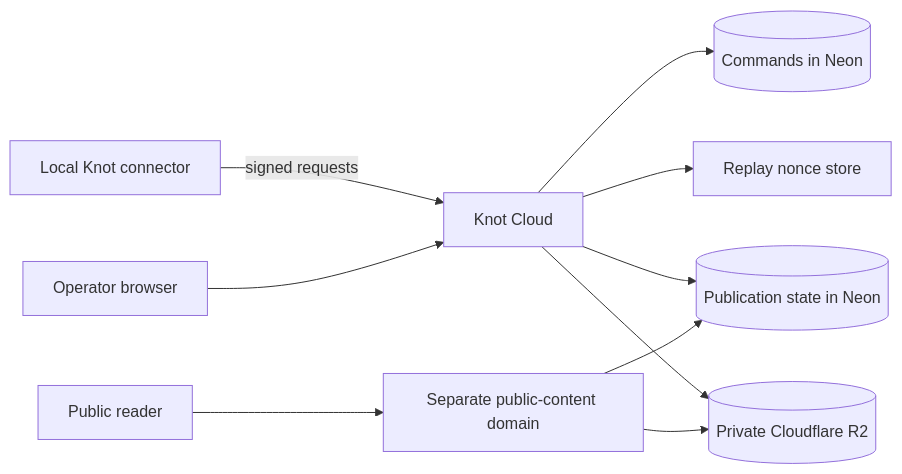
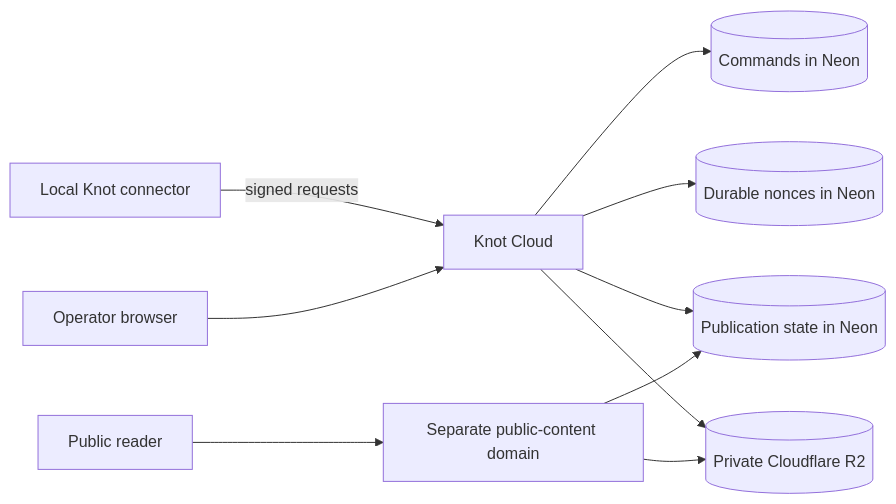
The second of 3 diagrams in ARCHITECTURE.md (imai-studio/knot-cloud), drawn with Mermaid before and after one commit. The commit also changed other lines of this file and 30 other files, not shown here.

````diff
--- a/ARCHITECTURE.md
+++ b/ARCHITECTURE.md
@@ -49,12 +49,12 @@
 ```mermaid
 flowchart LR
   Local[Local Knot connector] -->|signed requests| App[Knot Cloud]
   App --> Commands[(Commands in Neon)]
-  App --> Nonces[Replay nonce store]
+  App --> Nonces[(Durable nonces in Neon)]
   Browser[Operator browser] --> App
   App --> Publications[(Publication state in Neon)]
   App --> R2[(Private Cloudflare R2)]
   Reader[Public reader] --> Content[Separate public-content domain]
   Content --> Publications
   Content --> R2
 ```
````
